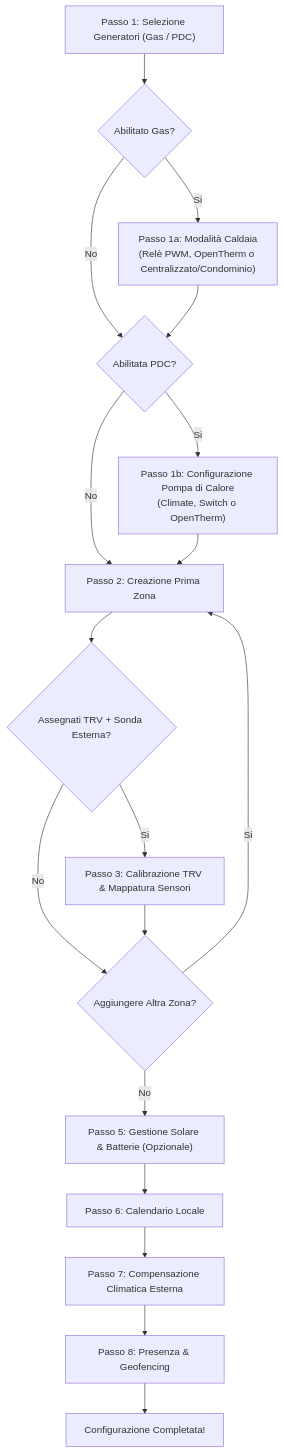
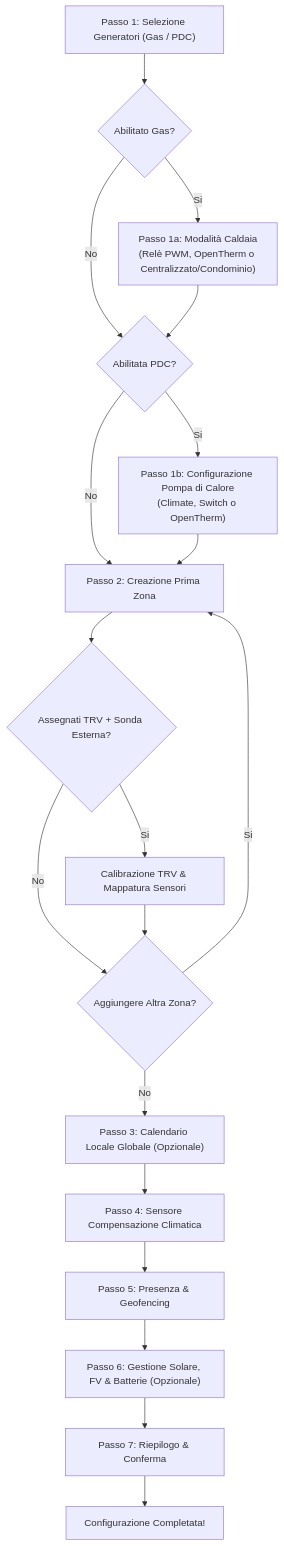
One commit to alex-military/multizone-thermostat changed the diagram in docs/wiki/it/setup_wizard.md. Above: the diagram before and after it, drawn with Mermaid. The commit also changed other lines of this file and 25 other files, not shown here.

Commit message:
docs: update wiki, README and roadmap through v6.0.26

````diff
--- a/docs/wiki/it/setup_wizard.md
+++ b/docs/wiki/it/setup_wizard.md
@@ -14,20 +14,21 @@
 ```mermaid
 flowchart TD
     S1["Passo 1: Selezione Generatori (Gas / PDC)"] --> S1a{"Abilitato Gas?"}
     S1a -->|Si| C_Gas["Passo 1a: Modalità Caldaia<br>(Relè PWM, OpenTherm o Centralizzato/Condominio)"]
     S1a -->|No| S1b{"Abilitata PDC?"}
     C_Gas --> S1b
     S1b -->|Si| C_PDC["Passo 1b: Configurazione Pompa di Calore<br>(Climate, Switch o OpenTherm)"]
     S1b -->|No| Zone1["Passo 2: Creazione Prima Zona"]
     C_PDC --> Zone1
     Zone1 --> CalibCheck{"Assegnati TRV + Sonda Esterna?"}
-    CalibCheck -->|Si| S3["Passo 3: Calibrazione TRV & Mappatura Sensori"]
-    CalibCheck -->|No| S4{"Aggiungere Altra Zona?"}
-    S3 --> S4
-    S4 -->|Si| Zone1
-    S4 -->|No| S5["Passo 5: Gestione Solare & Batterie (Opzionale)"]
-    S5 --> S6["Passo 6: Calendario Locale"]
-    S6 --> S7["Passo 7: Compensazione Climatica Esterna"]
-    S7 --> S8["Passo 8: Presenza & Geofencing"]
-    S8 --> Fine["Configurazione Completata!"]
+    CalibCheck -->|Si| S2b["Calibrazione TRV & Mappatura Sensori"]
+    CalibCheck -->|No| S2c{"Aggiungere Altra Zona?"}
+    S2b --> S2c
+    S2c -->|Si| Zone1
+    S2c -->|No| S3["Passo 3: Calendario Locale Globale (Opzionale)"]
+    S3 --> S4["Passo 4: Sensore Compensazione Climatica"]
+    S4 --> S5["Passo 5: Presenza & Geofencing"]
+    S5 --> S6["Passo 6: Gestione Solare, FV & Batterie (Opzionale)"]
+    S6 --> S7["Passo 7: Riepilogo & Conferma"]
+    S7 --> Fine["Configurazione Completata!"]
 ```
````
